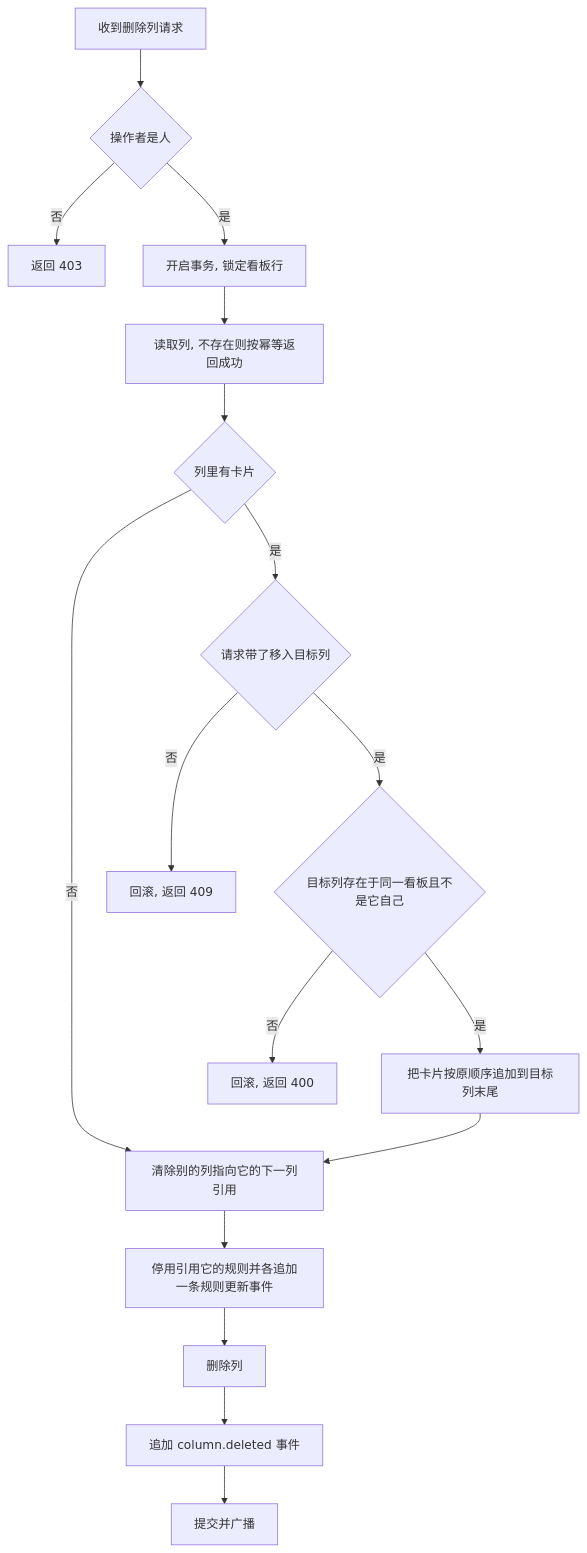
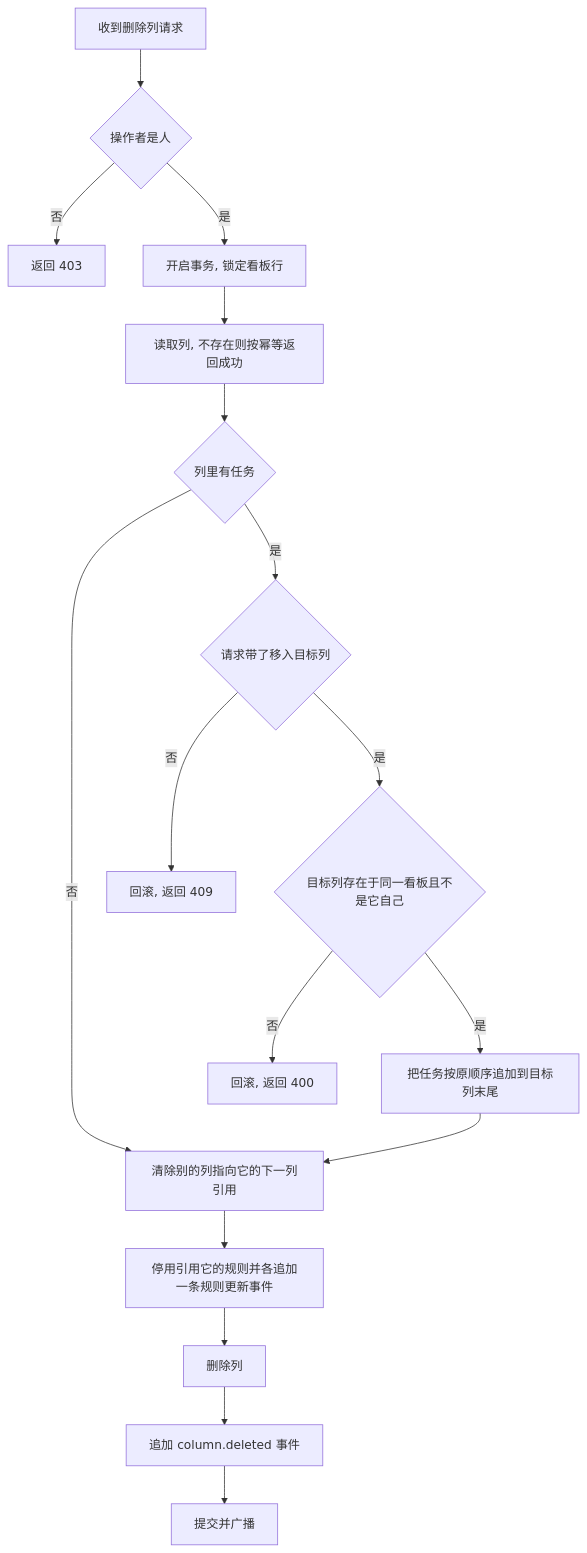
The fourth of 7 diagrams in .cursor/scopes/kanban.board.go.md (ixugo/slate-kanban), drawn with Mermaid before and after one commit. The commit also changed other lines of this file and 49 other files, not shown here.

````diff
--- a/.cursor/scopes/kanban.board.go.md
+++ b/.cursor/scopes/kanban.board.go.md
@@ -161,19 +161,19 @@
 ```mermaid
 flowchart TD
     A[收到删除列请求] --> B{操作者是人}
     B -->|否| Z1[返回 403]
     B -->|是| C[开启事务, 锁定看板行]
     C --> D[读取列, 不存在则按幂等返回成功]
-    D --> E{列里有卡片}
+    D --> E{列里有任务}
     E -->|否| H
     E -->|是| F{请求带了移入目标列}
     F -->|否| Z2[回滚, 返回 409]
     F -->|是| G{目标列存在于同一看板且不是它自己}
     G -->|否| Z3[回滚, 返回 400]
-    G -->|是| G2[把卡片按原顺序追加到目标列末尾]
+    G -->|是| G2[把任务按原顺序追加到目标列末尾]
     G2 --> H[清除别的列指向它的下一列引用]
     H --> I[停用引用它的规则并各追加一条规则更新事件]
     I --> J[删除列]
     J --> K[追加 column.deleted 事件]
     K --> L[提交并广播]
 ```
````
